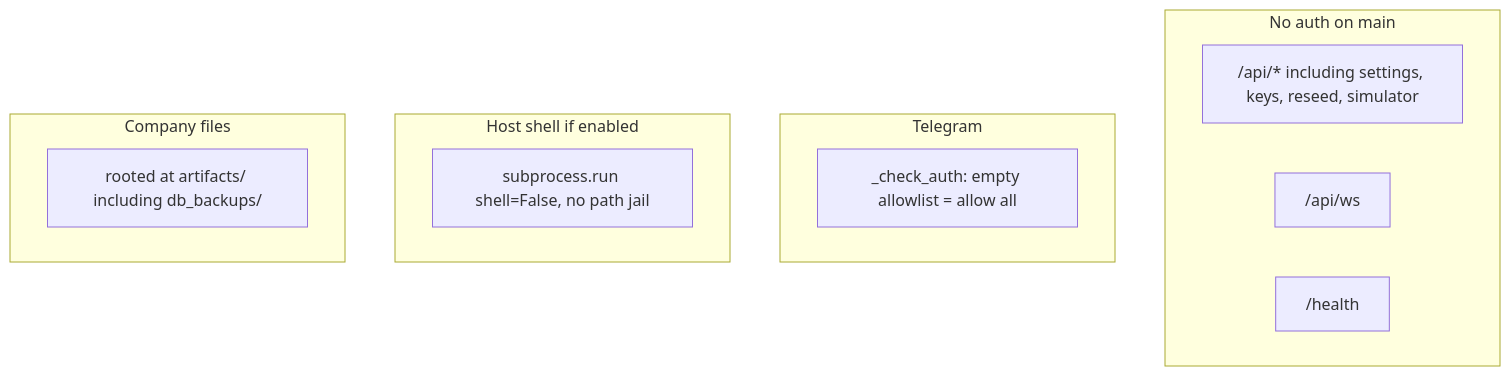
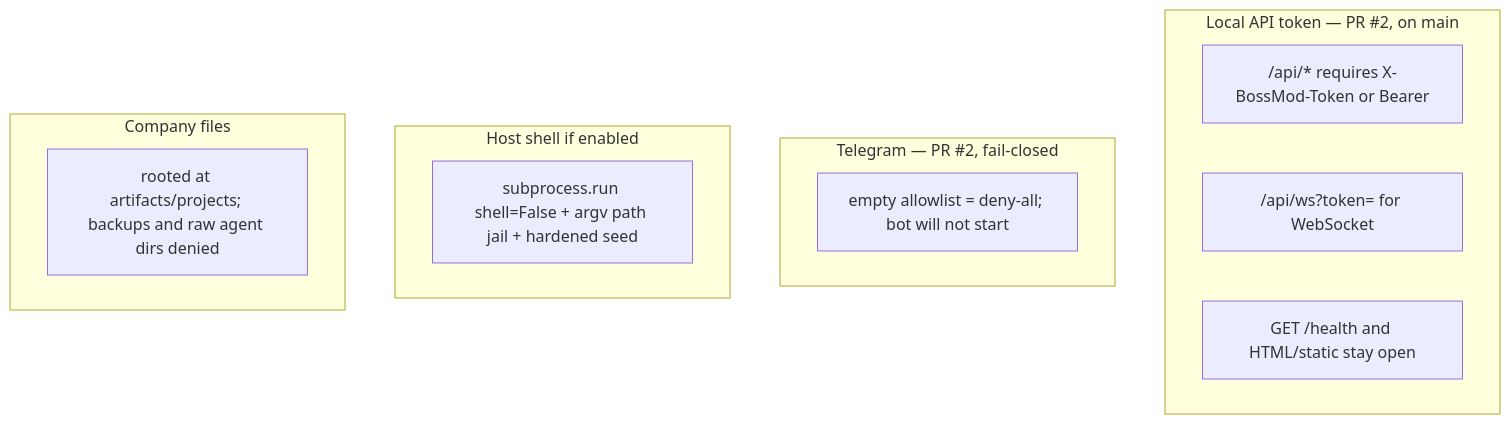
Before and after one commit to JTechMinds/bossmodai: the third of 3 diagrams in docs/ARCHITECTURE.md, drawn with Mermaid. The commit also changed other lines of this file and 23 other files, not shown here.

````diff
--- a/docs/ARCHITECTURE.md
+++ b/docs/ARCHITECTURE.md
@@ -113,17 +113,17 @@
 ```mermaid
 flowchart TB
-  subgraph unauth [No auth on main]
-    REST["/api/* including settings, keys, reseed, simulator"]
-    WSep["/api/ws"]
-    Health["/health"]
+  subgraph localAuth [Local API token — PR #2, on main]
+    REST["/api/* requires X-BossMod-Token or Bearer"]
+    WSep["/api/ws?token= for WebSocket"]
+    Health["GET /health and HTML/static stay open"]
   end
-  subgraph telegram [Telegram]
-    Allow["_check_auth: empty allowlist = allow all"]
+  subgraph telegram [Telegram — PR #2, fail-closed]
+    Allow["empty allowlist = deny-all; bot will not start"]
   end
   subgraph shell [Host shell if enabled]
-    Exec["subprocess.run shell=False, no path jail"]
+    Exec["subprocess.run shell=False + argv path jail + hardened seed"]
   end
   subgraph files [Company files]
-    Artifacts["rooted at artifacts/ including db_backups/"]
+    Projects["rooted at artifacts/projects; backups and raw agent dirs denied"]
   end
 ```
````
